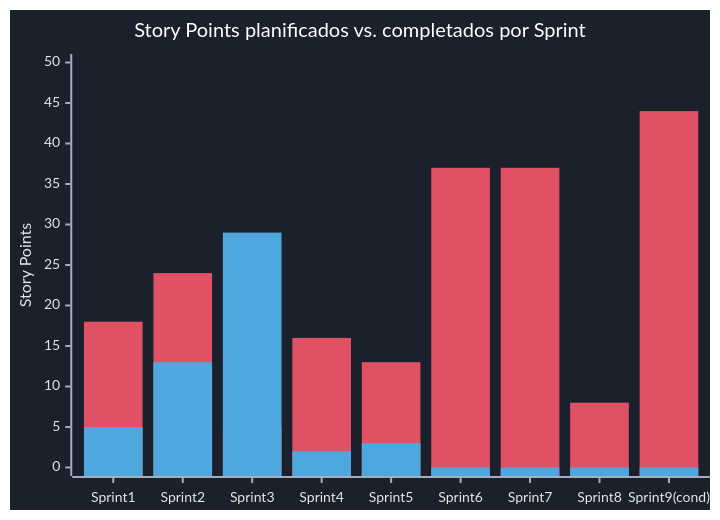
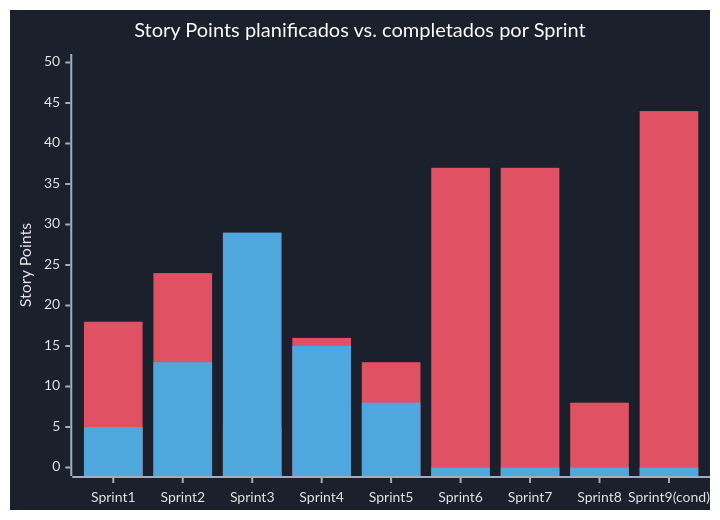
Before and after one commit to VED-VirtualExperienceDevelopment/bistrolink: the third of 3 diagrams in docs/dashboard-avance-edt.md, drawn with Mermaid. The commit also changed other lines of this file, not shown here.

````diff
--- a/docs/dashboard-avance-edt.md
+++ b/docs/dashboard-avance-edt.md
@@ -126,24 +126,24 @@
 ```mermaid
 %%{init: {'theme':'base', 'themeVariables': {
   'background': '#1a202c',
   'xyChart': {
     'backgroundColor': '#1a202c',
     'titleColor': '#ffffff',
     'xAxisLabelColor': '#e6e6e6',
     'xAxisTitleColor': '#e6e6e6',
     'xAxisTickColor': '#a0aec0',
     'xAxisLineColor': '#a0aec0',
     'yAxisLabelColor': '#e6e6e6',
     'yAxisTitleColor': '#e6e6e6',
     'yAxisTickColor': '#a0aec0',
     'yAxisLineColor': '#a0aec0',
     'plotColorPalette': '#e05263, #4ea8de'
   }
 }}}%%
 xychart-beta
     title "Story Points planificados vs. completados por Sprint"
     x-axis [Sprint1, Sprint2, Sprint3, Sprint4, Sprint5, Sprint6, Sprint7, Sprint8, "Sprint9(cond)"]
     y-axis "Story Points" 0 --> 50
     bar "Planificado" [18, 24, 5, 16, 13, 37, 37, 8, 44]
-    bar "Completado" [5, 13, 29, 2, 3, 0, 0, 0, 0]
+    bar "Completado" [5, 13, 29, 15, 8, 0, 0, 0, 0]
 ```
````
